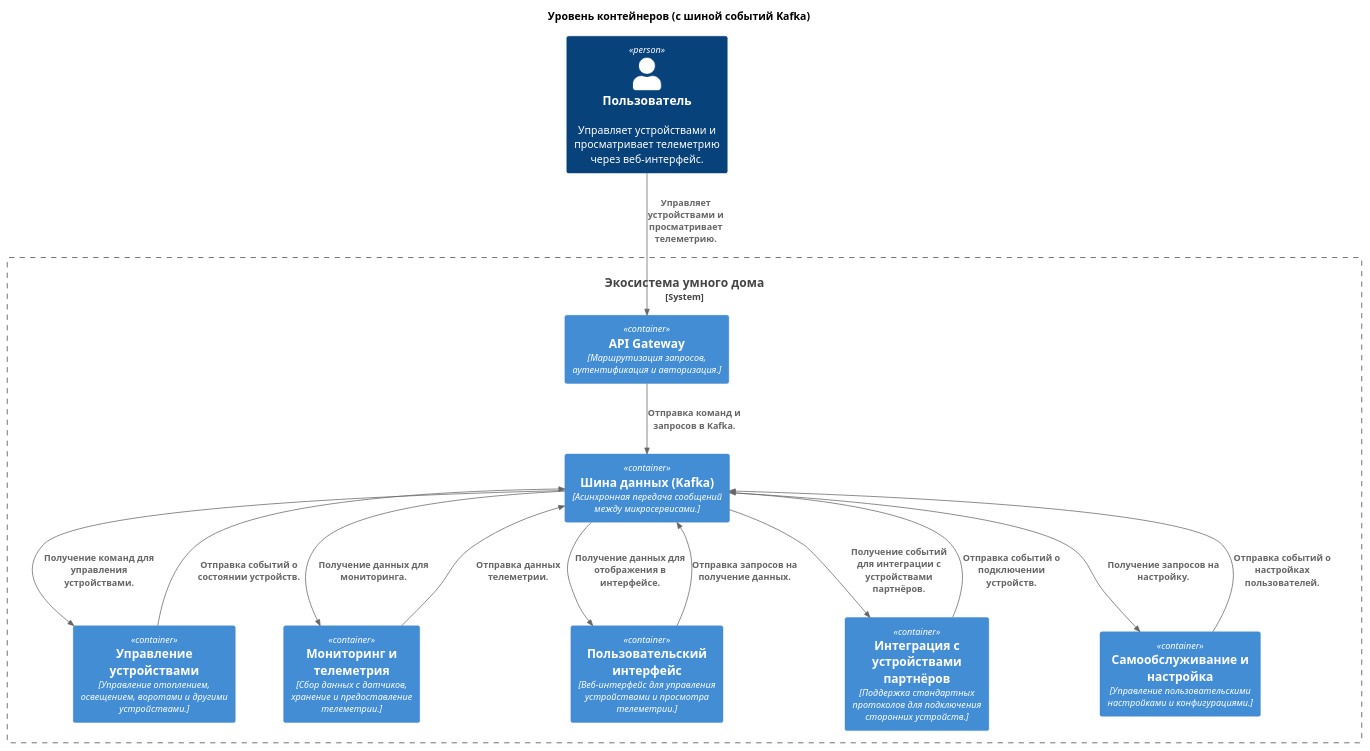
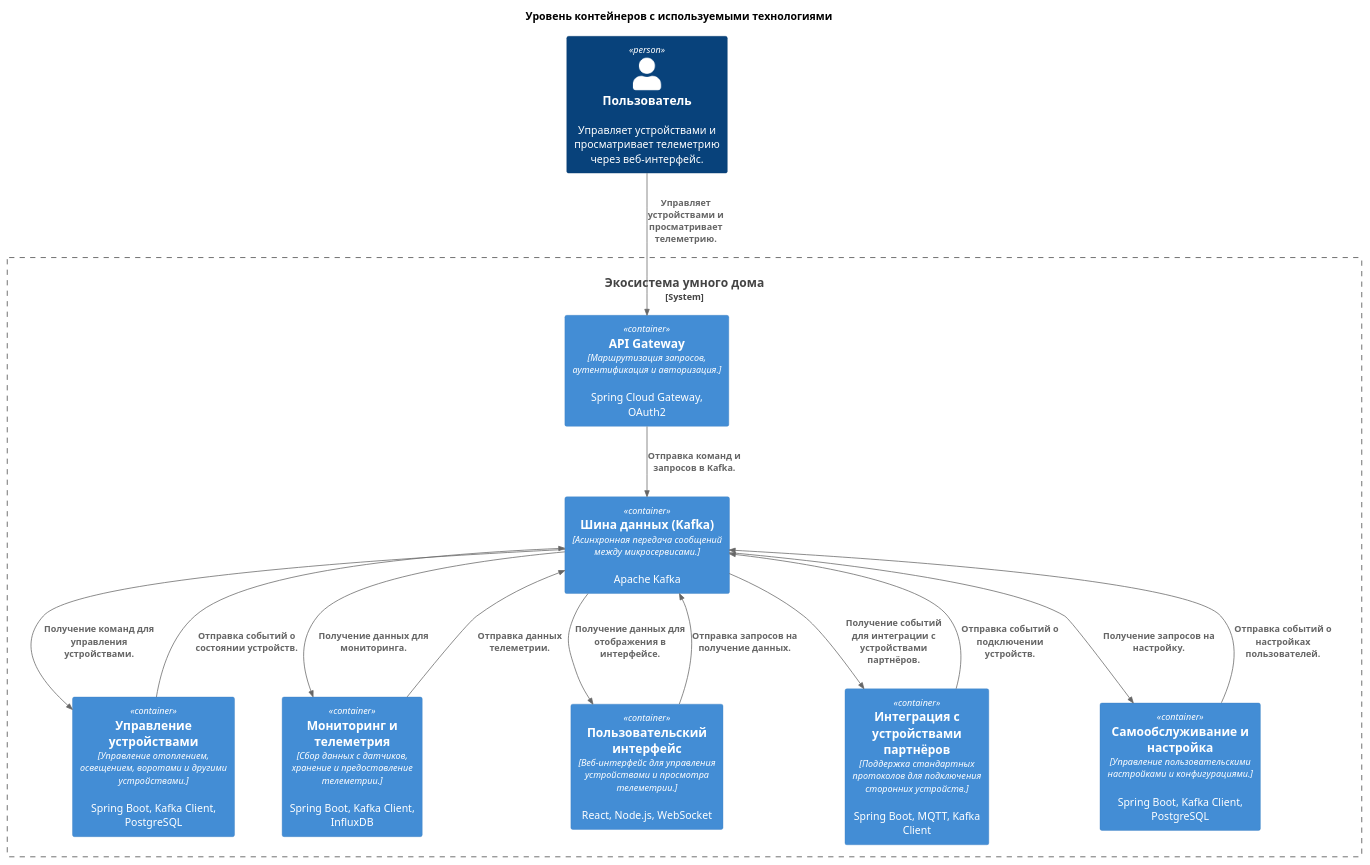
Before and after one commit to ZhurkinAngular/Warmhouse: the diagram in container diagram.puml, drawn with PlantUML. The commit also changed 1 other file, not shown here.

Commit message:
fix some problems in diagram

```diff
--- a/container diagram.puml
+++ b/container diagram.puml
@@ -1,31 +1,32 @@
 @startuml
 !include https://raw.githubusercontent.com/plantuml-stdlib/C4-PlantUML/master/C4_Container.puml
 
-title Уровень контейнеров (с шиной событий Kafka)
+title Уровень контейнеров с используемыми технологиями
 
 Person(пользователь, "Пользователь", "Управляет устройствами и просматривает телеметрию через веб-интерфейс.")
 
 System_Boundary(экосистема, "Экосистема умного дома") {
-    Container(api_gateway, "API Gateway", "Маршрутизация запросов, аутентификация и авторизация.")
-    Container(device_management, "Управление устройствами", "Управление отоплением, освещением, воротами и другими устройствами.")
-    Container(monitoring_telemetry, "Мониторинг и телеметрия", "Сбор данных с датчиков, хранение и предоставление телеметрии.")
-    Container(user_interface, "Пользовательский интерфейс", "Веб-интерфейс для управления устройствами и просмотра телеметрии.")
-    Container(partner_integration, "Интеграция с устройствами партнёров", "Поддержка стандартных протоколов для подключения сторонних устройств.")
-    Container(self_service, "Самообслуживание и настройка", "Управление пользовательскими настройками и конфигурациями.")
-    Container(kafka, "Шина данных (Kafka)", "Асинхронная передача сообщений между микросервисами.")
+    Container(api_gateway, "API Gateway", "Маршрутизация запросов, аутентификация и авторизация.", "Spring Cloud Gateway, OAuth2")
+    Container(device_management, "Управление устройствами", "Управление отоплением, освещением, воротами и другими устройствами.", "Spring Boot, Kafka Client, PostgreSQL")
+    Container(monitoring_telemetry, "Мониторинг и телеметрия", "Сбор данных с датчиков, хранение и предоставление телеметрии.", "Spring Boot, Kafka Client, InfluxDB")
+    Container(user_interface, "Пользовательский интерфейс", "Веб-интерфейс для управления устройствами и просмотра телеметрии.", "React, Node.js, WebSocket")
+    Container(partner_integration, "Интеграция с устройствами партнёров", "Поддержка стандартных протоколов для подключения сторонних устройств.", "Spring Boot, MQTT, Kafka Client")
+    Container(self_service, "Самообслуживание и настройка", "Управление пользовательскими настройками и конфигурациями.", "Spring Boot, Kafka Client, PostgreSQL")
+    Container(kafka, "Шина данных (Kafka)", "Асинхронная передача сообщений между микросервисами.", "Apache Kafka")
 }
 
+' Взаимодействие между контейнерами
 Rel(пользователь, api_gateway, "Управляет устройствами и просматривает телеметрию.")
 Rel(api_gateway, kafka, "Отправка команд и запросов в Kafka.")
 Rel(kafka, device_management, "Получение команд для управления устройствами.")
 Rel(kafka, monitoring_telemetry, "Получение данных для мониторинга.")
 Rel(kafka, user_interface, "Получение данных для отображения в интерфейсе.")
 Rel(kafka, self_service, "Получение запросов на настройку.")
 Rel(kafka, partner_integration, "Получение событий для интеграции с устройствами партнёров.")
 Rel(device_management, kafka, "Отправка событий о состоянии устройств.")
 Rel(monitoring_telemetry, kafka, "Отправка данных телеметрии.")
 Rel(partner_integration, kafka, "Отправка событий о подключении устройств.")
 Rel(self_service, kafka, "Отправка событий о настройках пользователей.")
 Rel(user_interface, kafka, "Отправка запросов на получение данных.")
 
 @enduml
```
